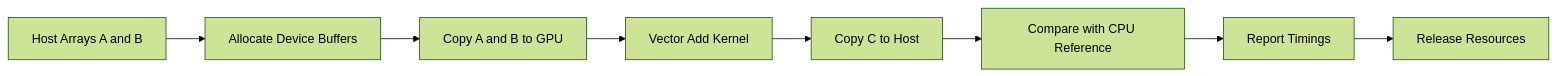
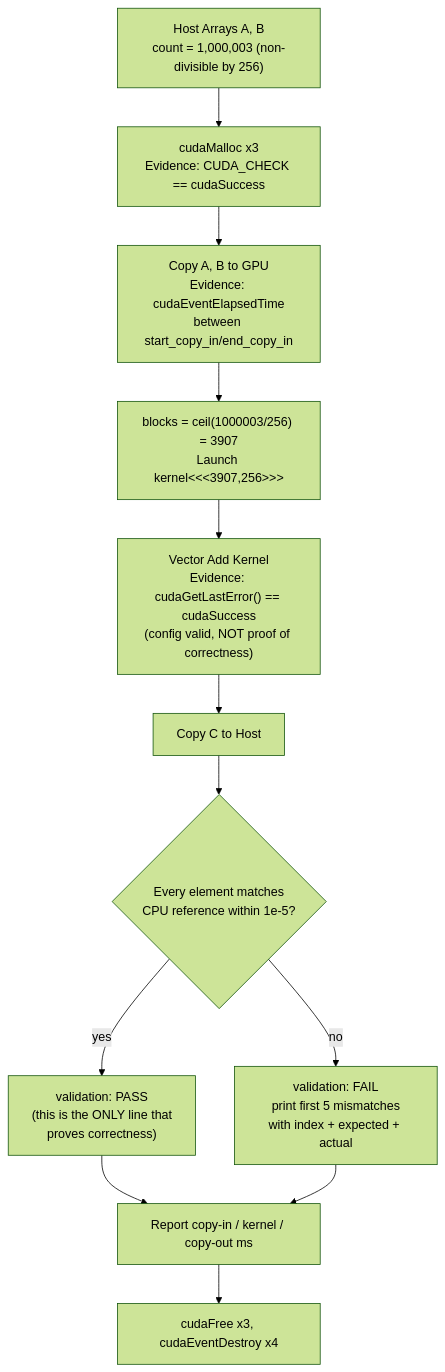
The diagram in docs/nvidia-zero-to-hero/volume-03/labs/lab-02-build-and-validate-a-cuda-vector-pipeline.md (jithinpnjm/nvidia-devops), drawn with Mermaid (forest theme) before and after one commit. The commit also changed other lines of this file and 16 other files, not shown here.

````diff
--- a/docs/nvidia-zero-to-hero/volume-03/labs/lab-02-build-and-validate-a-cuda-vector-pipeline.md
+++ b/docs/nvidia-zero-to-hero/volume-03/labs/lab-02-build-and-validate-a-cuda-vector-pipeline.md
@@ -72,13 +72,18 @@
 ```mermaid
-flowchart LR
-    Input[Host Arrays A and B]
-    Allocate[Allocate Device Buffers]
-    CopyIn[Copy A and B to GPU]
-    Kernel[Vector Add Kernel]
-    CopyOut[Copy C to Host]
-    Verify[Compare with CPU Reference]
-    Metrics[Report Timings]
-    Cleanup[Release Resources]
+flowchart TD
+    Input["Host Arrays A, B\ncount = 1,000,003 (non-divisible by 256)"]
+    Allocate["cudaMalloc x3\nEvidence: CUDA_CHECK == cudaSuccess"]
+    CopyIn["Copy A, B to GPU\nEvidence: cudaEventElapsedTime\nbetween start_copy_in/end_copy_in"]
+    Launch["blocks = ceil(1000003/256) = 3907\nLaunch kernel<<<3907,256>>>"]
+    Kernel["Vector Add Kernel\nEvidence: cudaGetLastError() == cudaSuccess\n(config valid, NOT proof of correctness)"]
+    CopyOut["Copy C to Host"]
+    Verify{"Every element matches\nCPU reference within 1e-5?"}
+    Pass["validation: PASS\n(this is the ONLY line that\nproves correctness)"]
+    Fail["validation: FAIL\nprint first 5 mismatches\nwith index + expected + actual"]
+    Metrics["Report copy-in / kernel / copy-out ms"]
+    Cleanup["cudaFree x3, cudaEventDestroy x4"]
 
-    Input --> Allocate --> CopyIn --> Kernel --> CopyOut --> Verify --> Metrics --> Cleanup
+    Input --> Allocate --> CopyIn --> Launch --> Kernel --> CopyOut --> Verify
+    Verify -->|"yes"| Pass --> Metrics --> Cleanup
+    Verify -->|"no"| Fail --> Metrics
 ```
````
